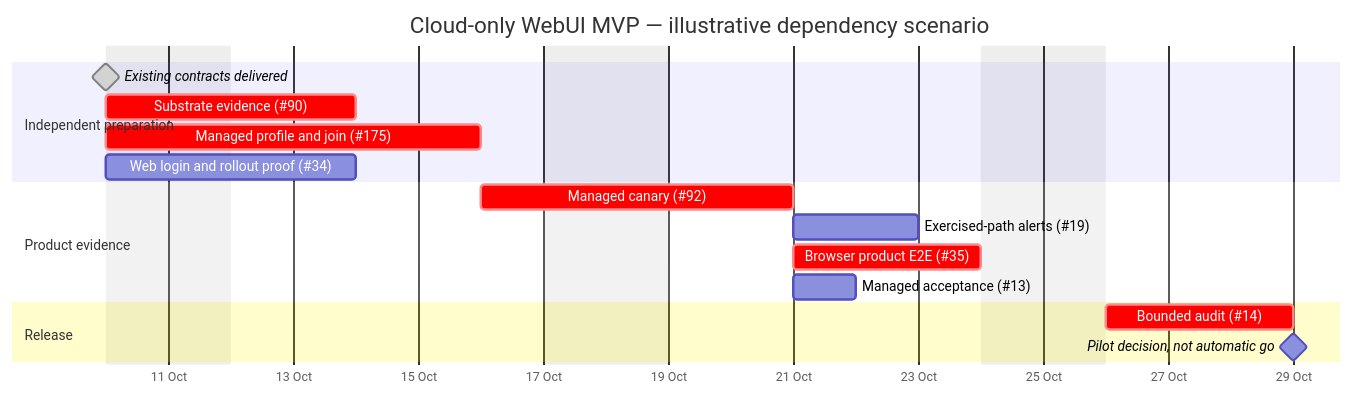
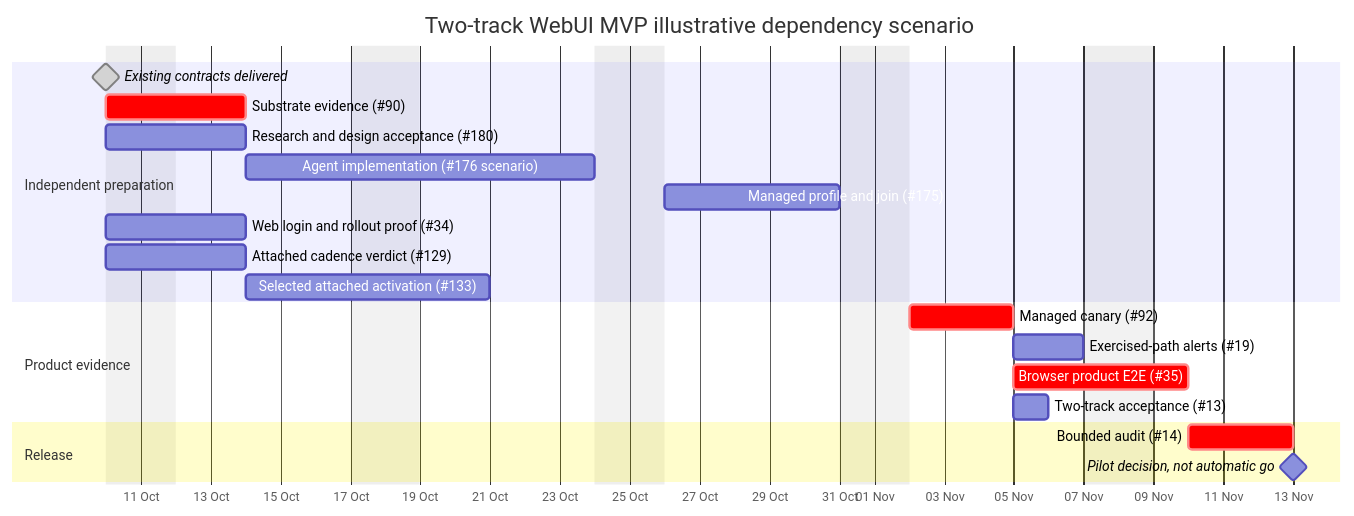
One commit to urandon/sessionless changed the second of 2 diagrams in docs/mvp-delivery-plan.md. Above: the diagram before and after it, drawn with Mermaid. The commit also changed other lines of this file and 6 other files, not shown here.

Commit message:
docs(mvp): preserve both tracks and required agent minimum

````diff
--- a/docs/mvp-delivery-plan.md
+++ b/docs/mvp-delivery-plan.md
@@ -150,20 +197,24 @@
 ```mermaid
 gantt
-    title Cloud-only WebUI MVP — illustrative dependency scenario
+    title Two-track WebUI MVP illustrative dependency scenario
     dateFormat YYYY-MM-DD
     axisFormat %d %b
     excludes weekends
     section Independent preparation
     Existing contracts delivered       :done, milestone, contracts, 2026-10-10, 0d
     Substrate evidence (#90)           :crit, platform, 2026-10-10, 3d
-    Managed profile and join (#175)    :crit, profile, 2026-10-10, 5d
+    Research and design acceptance (#180) :design, 2026-10-10, 3d
+    Agent implementation (#176 scenario) :agent, after design, 8d
+    Managed profile and join (#175)    :profile, after agent, 5d
     Web login and rollout proof (#34)  :web, 2026-10-10, 3d
+    Attached cadence verdict (#129)   :cadence, 2026-10-10, 3d
+    Selected attached activation (#133) :attached, after cadence, 5d
     section Product evidence
     Managed canary (#92)               :crit, canary, after platform profile, 3d
-    Exercised-path alerts (#19)        :alerts, after web canary, 2d
-    Browser product E2E (#35)          :crit, e2e, after canary web, 3d
-    Managed acceptance (#13)           :accept, after canary, 1d
+    Exercised-path alerts (#19)        :alerts, after web canary attached, 2d
+    Browser product E2E (#35)          :crit, e2e, after canary web attached, 3d
+    Two-track acceptance (#13)         :accept, after canary attached, 1d
     section Release
     Bounded audit (#14)                :crit, audit, after e2e alerts accept, 3d
     Pilot decision, not automatic go   :milestone, after audit, 0d
 ```
````
